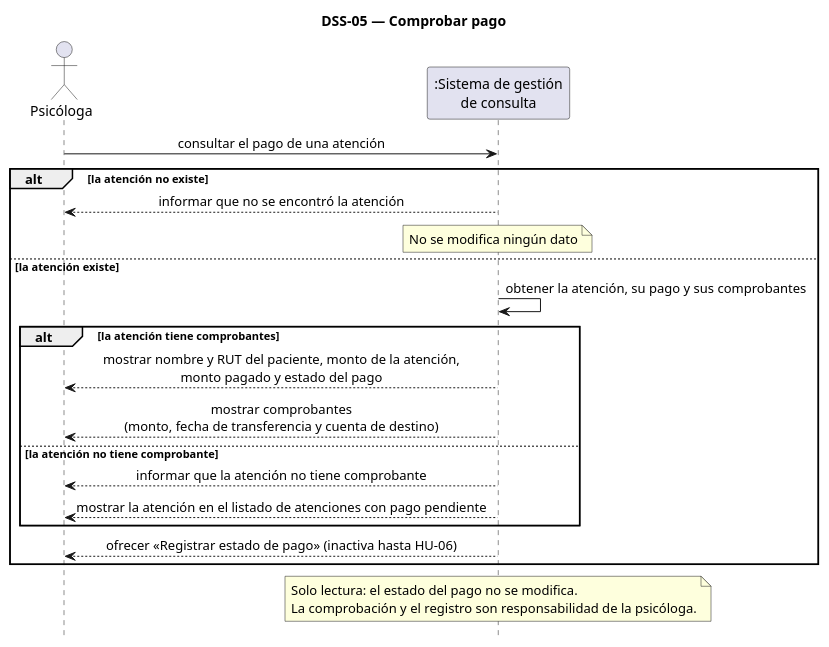
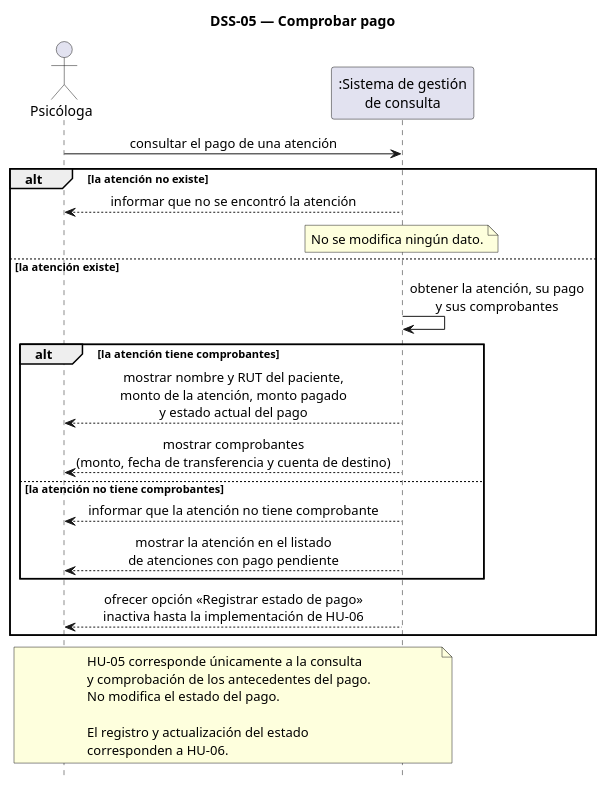
One commit to gestion-consulta-psicologica/ingenieria-requisitos changed the diagram in diagramas/dss-05.puml. Above: the diagram before and after it, drawn with PlantUML. The commit also changed 48 other files, not shown here.

```diff
--- a/diagramas/dss-05.puml
+++ b/diagramas/dss-05.puml
@@ -1,27 +1,45 @@
 @startuml dss-05
 ' DSS-05 — Comprobar pago (CU-06 / HU-05)
 skinparam shadowing false
 skinparam sequenceMessageAlign center
 hide footbox
+
 title DSS-05 — Comprobar pago
 
 actor "Psicóloga" as PSI
 participant ":Sistema de gestión\nde consulta" as SIS
 
 PSI -> SIS : consultar el pago de una atención
+
 alt la atención no existe
   SIS --> PSI : informar que no se encontró la atención
-  note over SIS : No se modifica ningún dato
+  note over SIS
+    No se modifica ningún dato.
+  end note
+
 else la atención existe
-  SIS -> SIS : obtener la atención, su pago y sus comprobantes
+  SIS -> SIS : obtener la atención, su pago\ny sus comprobantes
+
   alt la atención tiene comprobantes
-    SIS --> PSI : mostrar nombre y RUT del paciente, monto de la atención,\nmonto pagado y estado del pago
+    SIS --> PSI : mostrar nombre y RUT del paciente,\nmonto de la atención, monto pagado\ny estado actual del pago
+
     SIS --> PSI : mostrar comprobantes\n(monto, fecha de transferencia y cuenta de destino)
-  else la atención no tiene comprobante
+
+  else la atención no tiene comprobantes
     SIS --> PSI : informar que la atención no tiene comprobante
-    SIS --> PSI : mostrar la atención en el listado de atenciones con pago pendiente
+    SIS --> PSI : mostrar la atención en el listado\nde atenciones con pago pendiente
   end
-  SIS --> PSI : ofrecer «Registrar estado de pago» (inactiva hasta HU-06)
+
+  SIS --> PSI : ofrecer opción «Registrar estado de pago»\ninactiva hasta la implementación de HU-06
 end
-note over SIS : Solo lectura: el estado del pago no se modifica.\nLa comprobación y el registro son responsabilidad de la psicóloga.
+
+note over PSI, SIS
+  HU-05 corresponde únicamente a la consulta
+  y comprobación de los antecedentes del pago.
+  No modifica el estado del pago.
+
+  El registro y actualización del estado
+  corresponden a HU-06.
+end note
+
 @enduml
```
